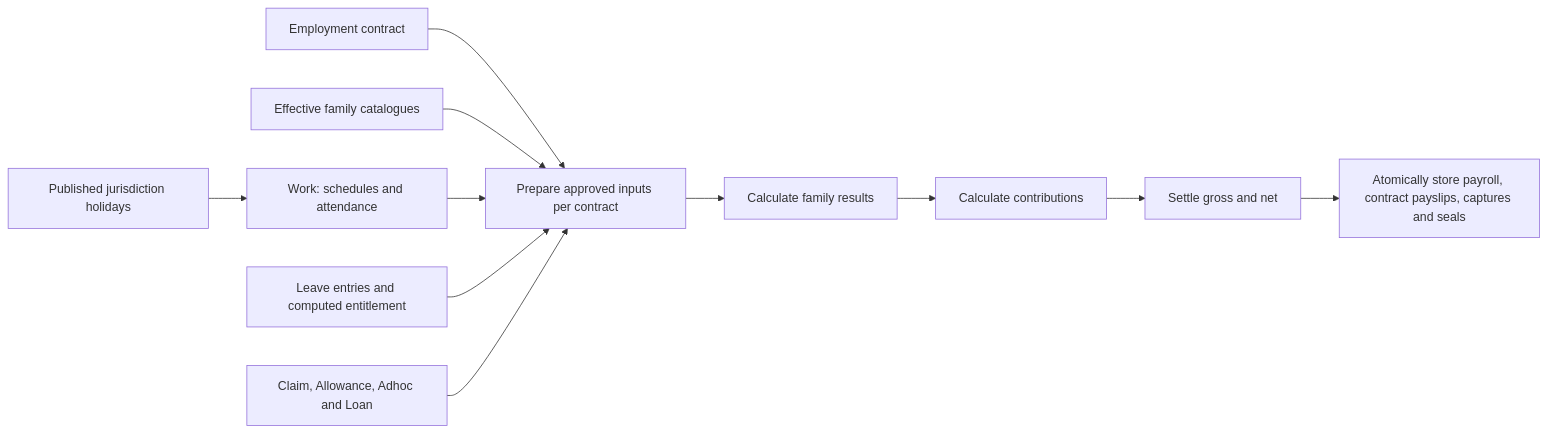
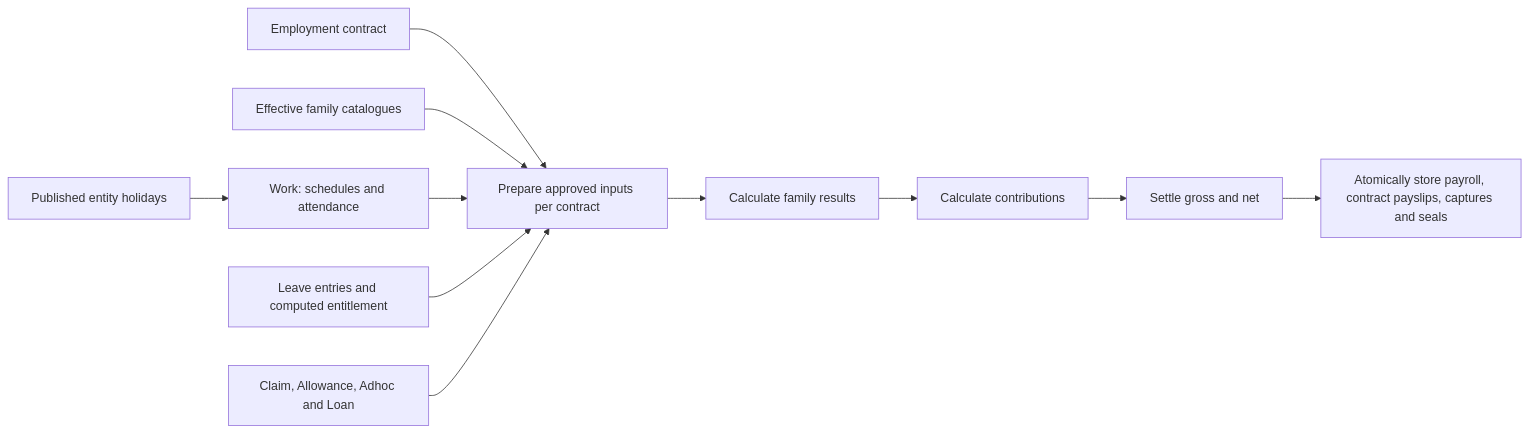
Before and after one commit to norbital-ai/templates: the diagram in hr-payroll/README.md, drawn with Mermaid. The commit also changed other lines of this file and 78 other files, not shown here.

````diff
--- a/hr-payroll/README.md
+++ b/hr-payroll/README.md
@@ -19,13 +19,13 @@
 ```mermaid
 flowchart LR
     Contract[Employment contract] --> Prepare[Prepare approved inputs per contract]
     Catalog[Effective family catalogues] --> Prepare
-    Holidays[Published jurisdiction holidays] --> Work[Work: schedules and attendance]
+    Holidays[Published entity holidays] --> Work[Work: schedules and attendance]
     Work --> Prepare
     Leave[Leave entries and computed entitlement] --> Prepare
     Money[Claim, Allowance, Adhoc and Loan] --> Prepare
     Prepare --> Calculate[Calculate family results]
     Calculate --> Contribution[Calculate contributions]
     Contribution --> Settle[Settle gross and net]
     Settle --> Commit[Atomically store payroll, contract payslips, captures and seals]
 ```
````
